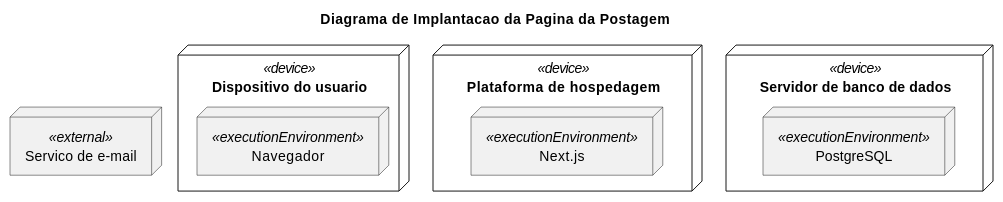
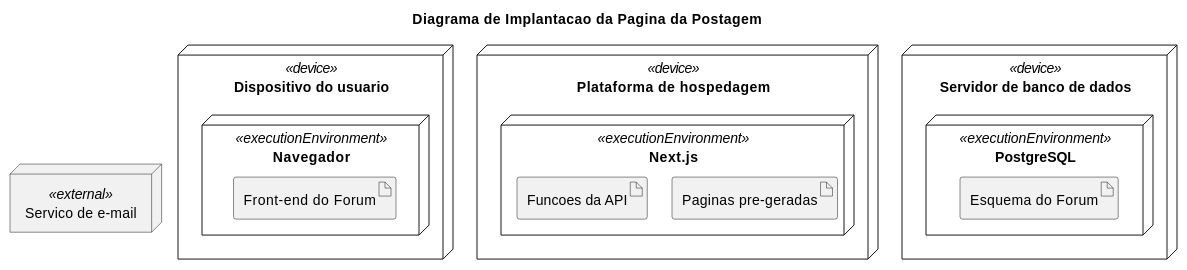
Before and after one commit to UnBArqDsw2026-2-Turma01/RepositorioTemplateEntrega2-TabNews-Forum: the second of 2 diagrams in docs/Base/Relatórios/SubEquipe_03/ModelagemEstatica.md, drawn with PlantUML.

Commit message:
docs(entrega2): diagrama de implantação - artefatos - Leonardo Bonetti

````diff
--- a/docs/Base/Relatórios/SubEquipe_03/ModelagemEstatica.md
+++ b/docs/Base/Relatórios/SubEquipe_03/ModelagemEstatica.md
@@ -112,23 +112,30 @@
 ```plantuml
 @startuml
 title Diagrama de Implantacao da Pagina da Postagem
 
 skinparam componentStyle uml2
 skinparam nodesep 25
 skinparam ranksep 55
 
 node "Dispositivo do usuario" <<device>> as dispositivo {
-  node "Navegador" <<executionEnvironment>> as navegador
+  node "Navegador" <<executionEnvironment>> as navegador {
+    artifact "Front-end do Forum" as frontend
+  }
 }
 
 node "Plataforma de hospedagem" <<device>> as hospedagem {
-  node "Next.js" <<executionEnvironment>> as nextjs
+  node "Next.js" <<executionEnvironment>> as nextjs {
+    artifact "Paginas pre-geradas" as paginas
+    artifact "Funcoes da API" as funcoesApi
+  }
 }
 
 node "Servidor de banco de dados" <<device>> as servidorBanco {
-  node "PostgreSQL" <<executionEnvironment>> as postgres
+  node "PostgreSQL" <<executionEnvironment>> as postgres {
+    artifact "Esquema do Forum" as esquema
+  }
 }
 
 node "Servico de e-mail" <<external>> as email
 @enduml
 ```
````
